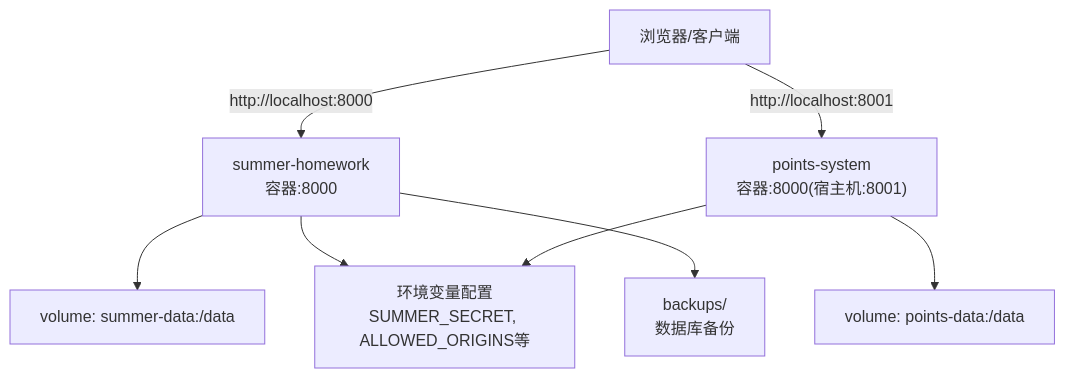
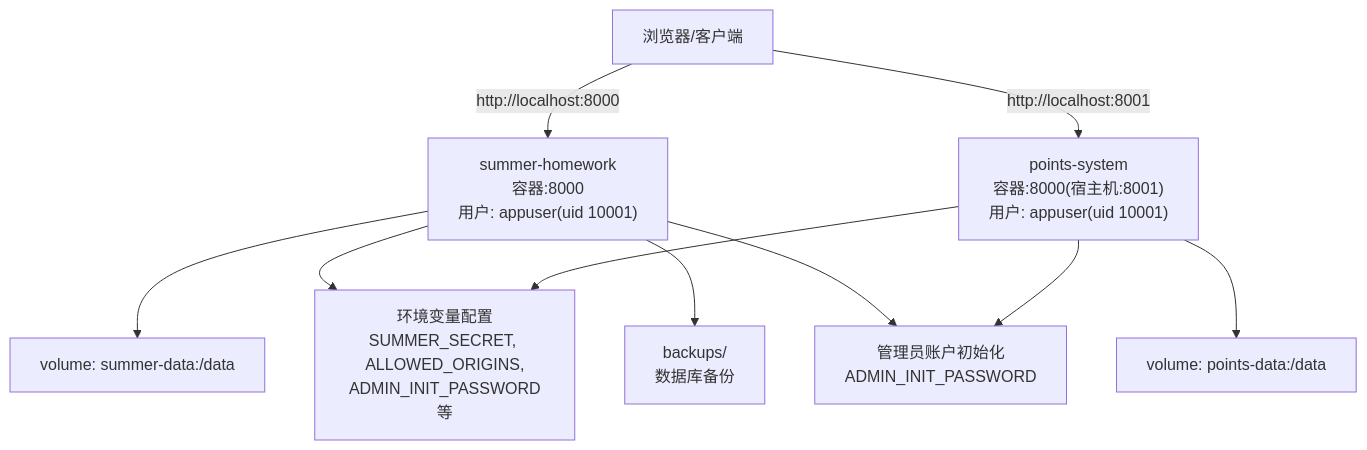
The second of 5 diagrams in .qoder/repowiki/zh/content/部署与运维指南/Docker容器化部署.md (onebody/homework), drawn with Mermaid before and after one commit. The commit also changed other lines of this file and 28 other files, not shown here.

````diff
--- a/.qoder/repowiki/zh/content/部署与运维指南/Docker容器化部署.md
+++ b/.qoder/repowiki/zh/content/部署与运维指南/Docker容器化部署.md
@@ -148,17 +154,20 @@
 ```mermaid
 graph TB
 Client["浏览器/客户端"]
-SH["summer-homework<br/>容器:8000"]
-PS["points-system<br/>容器:8000(宿主机:8001)"]
+SH["summer-homework<br/>容器:8000<br/>用户: appuser(uid 10001)"]
+PS["points-system<br/>容器:8000(宿主机:8001)<br/>用户: appuser(uid 10001)"]
 VolSH["volume: summer-data:/data"]
 VolPS["volume: points-data:/data"]
-EnvVars["环境变量配置<br/>SUMMER_SECRET, ALLOWED_ORIGINS等"]
+EnvVars["环境变量配置<br/>SUMMER_SECRET, ALLOWED_ORIGINS,<br/>ADMIN_INIT_PASSWORD等"]
 BackupDir["backups/<br/>数据库备份"]
+AdminInit["管理员账户初始化<br/>ADMIN_INIT_PASSWORD"]
 Client --> |http://localhost:8000| SH
 Client --> |http://localhost:8001| PS
 SH --> VolSH
 PS --> VolPS
 SH --> EnvVars
 PS --> EnvVars
 SH --> BackupDir
+SH --> AdminInit
+PS --> AdminInit
 ```
````
